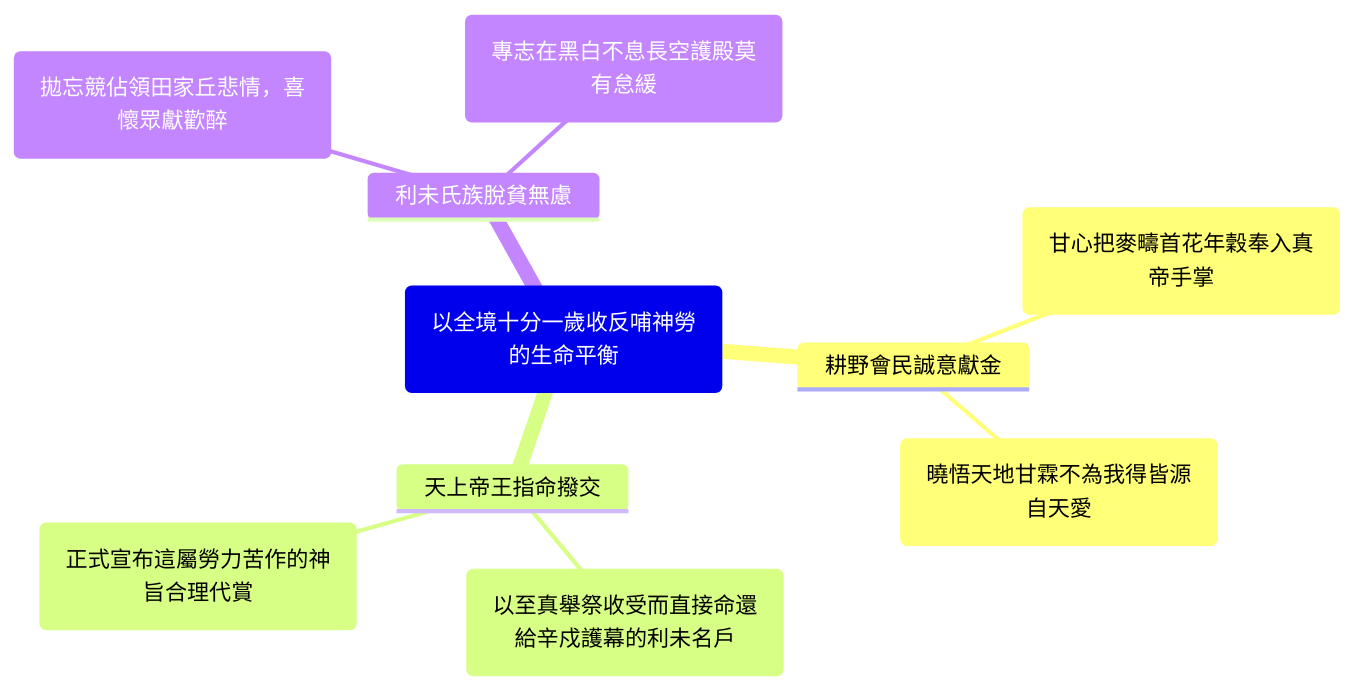
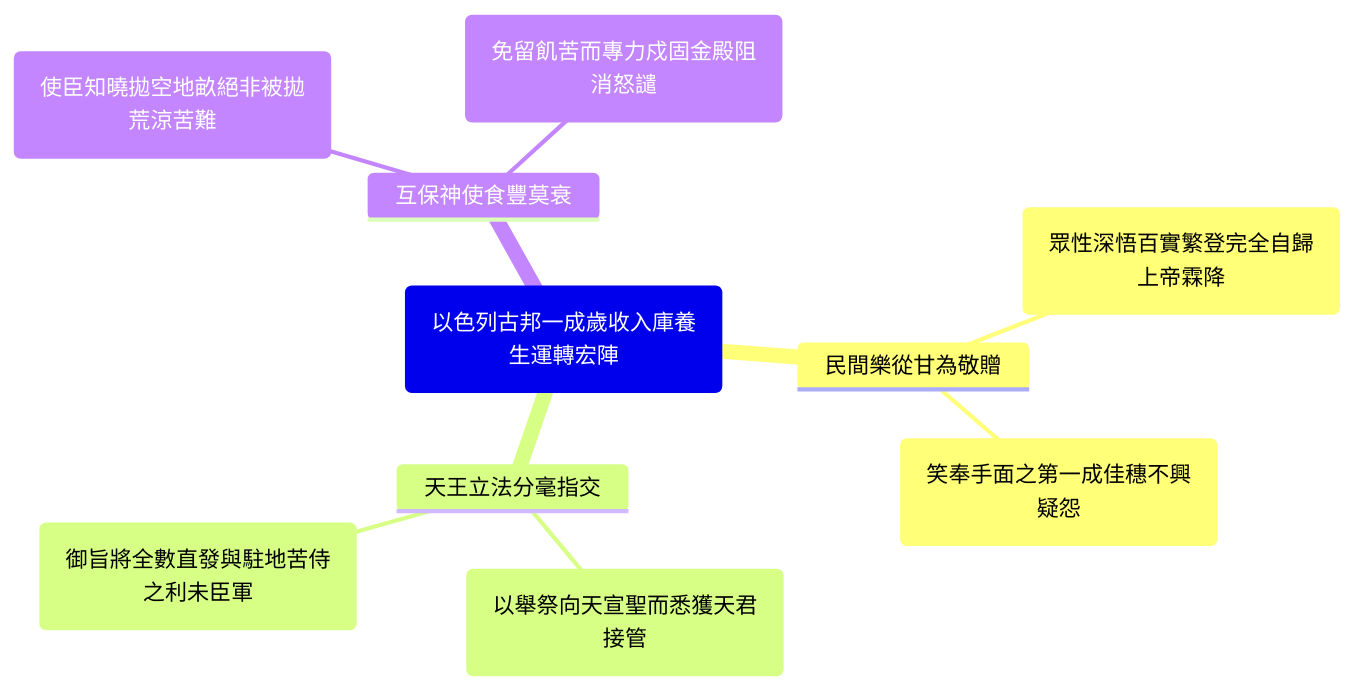
One commit to andyjr5566/Bible_wiki_zh changed the third of 3 diagrams in 04 民數記/第18章.md. Above: the diagram before and after it, drawn with Mermaid. The commit also changed other lines of this file and 32 other files, not shown here.

````diff
--- a/04 民數記/第18章.md
+++ b/04 民數記/第18章.md
@@ -119,13 +114,13 @@
 ```mermaid
 mindmap
-    root("以全境十分一歲收反哺神勞的生命平衡")
-        耕野會民誠意獻金
-            ("甘心把麥疇首花年穀奉入真帝手掌")
-            ("曉悟天地甘霖不為我得皆源自天愛")
-        天上帝王指命撥交
-            ("以至真舉祭收受而直接命還給辛戍護幕的利未名戶")
-            ("正式宣布這屬勞力苦作的神旨合理代賞")
-        利未氏族脫貧無慮
-            ("拋忘競佔領田家丘悲情，喜懷眾獻歡醉")
-            ("專志在黑白不息長空護殿莫有怠緩")
+    root("以色列古邦一成歲收入庫養生運轉宏陣")
+        民間樂從甘為敬贈
+            ("眾性深悟百實繁登完全自歸上帝霖降")
+            ("笑奉手面之第一成佳穗不興疑怨")
+        天王立法分毫指交
+            ("以舉祭向天宣聖而悉獲天君接管")
+            ("御旨將全數直發與駐地苦侍之利未臣軍")
+        互保神使食豐莫衰
+            ("使臣知曉拋空地畝絕非被拋荒涼苦難")
+            ("免留飢苦而專力戍固金殿阻消怒譴")
 ```
````
